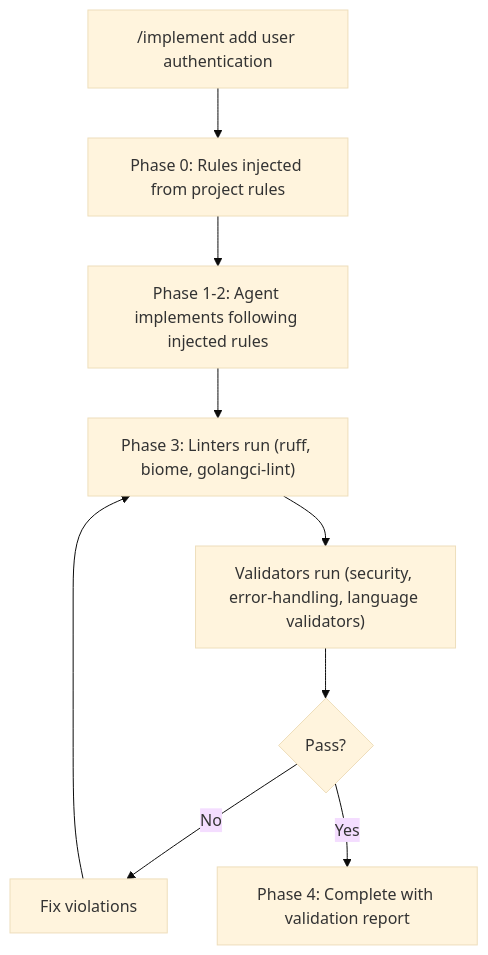
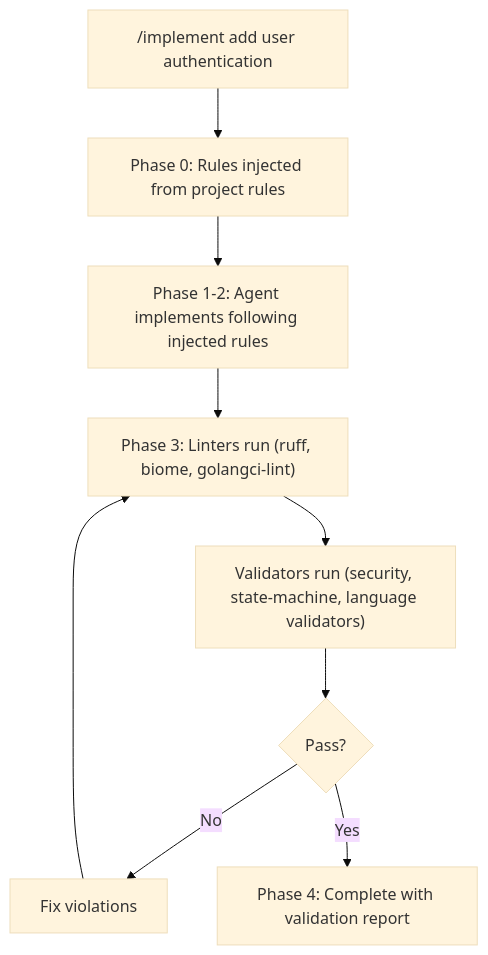
The second of 2 diagrams in README.md (peteski22/agent-pragma), drawn with Mermaid (base theme) before and after one commit. The commit also changed other lines of this file and 2 other files, not shown here.

First line of the commit message:
Remove non-existent error-handling validator, fix doc accuracy

````diff
--- a/README.md
+++ b/README.md
@@ -210,11 +204,11 @@
 ```mermaid
 flowchart TD
     A["/implement add user authentication"] --> B["Phase 0: Rules injected from project rules"]
     B --> C["Phase 1-2: Agent implements following injected rules"]
     C --> D["Phase 3: Linters run (ruff, biome, golangci-lint)"]
-    D --> E["Validators run (security, error-handling, language validators)"]
+    D --> E["Validators run (security, state-machine, language validators)"]
     E --> F{Pass?}
     F -->|No| G["Fix violations"]
     G --> D
     F -->|Yes| H["Phase 4: Complete with validation report"]
 ```
````
